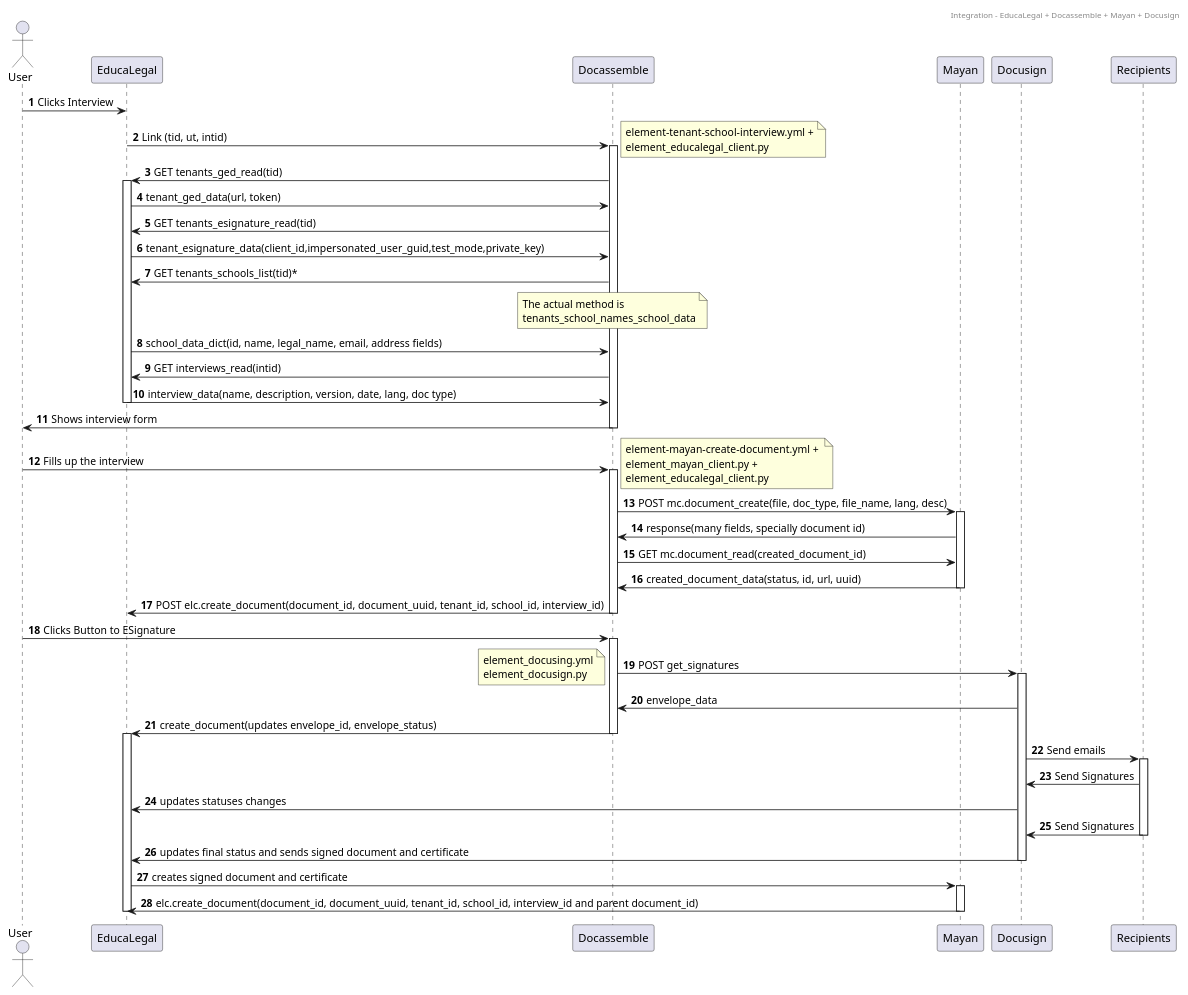
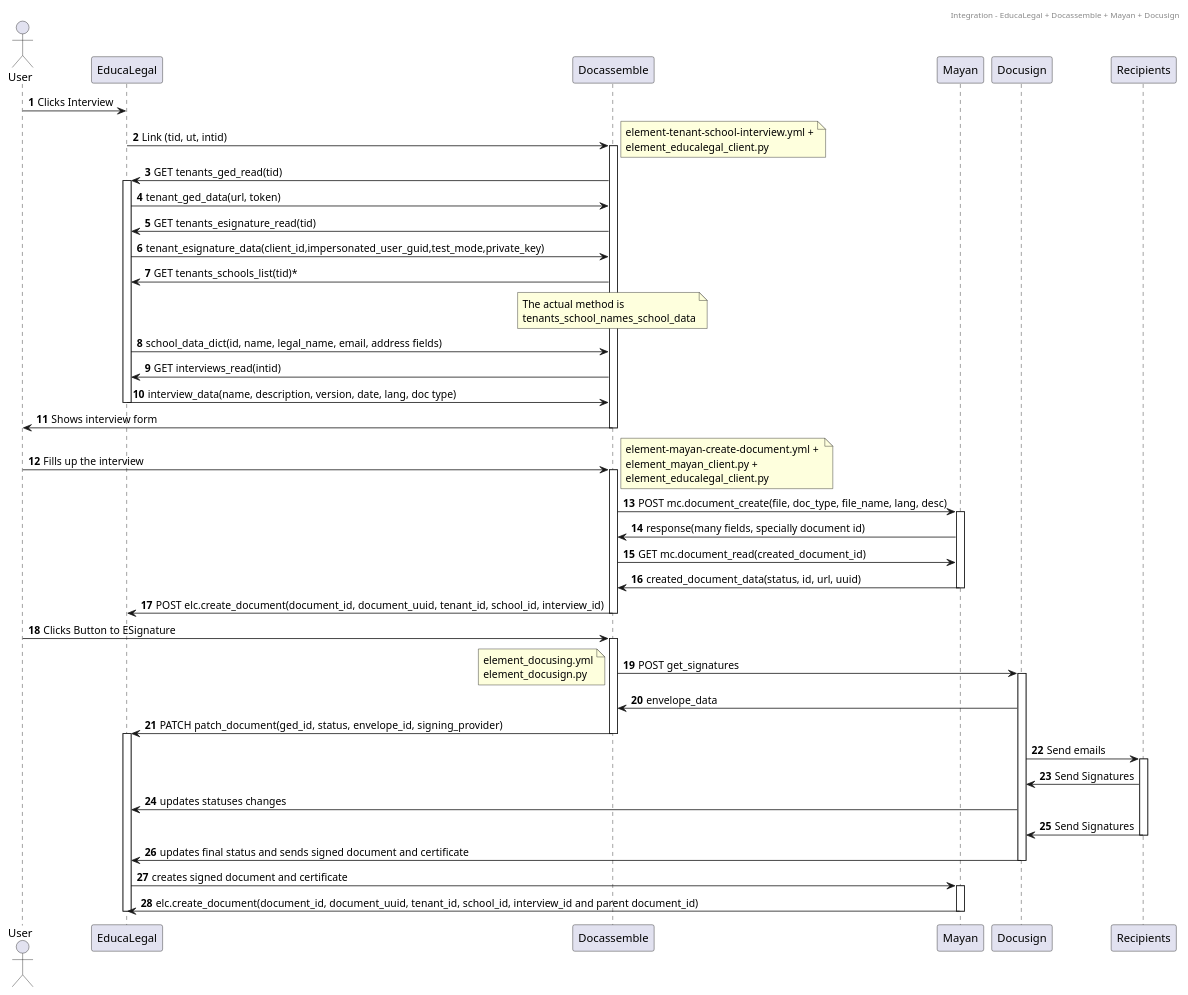
Before and after one commit to rvnovaes/educalegal: the diagram in api_requests/educalegal_api_seq_diagram.pu, drawn with PlantUML. The commit also changed 4 other files, not shown here.

Commit message:
Patching educalegal saved document with envelope id and status.

```diff
--- a/api_requests/educalegal_api_seq_diagram.pu
+++ b/api_requests/educalegal_api_seq_diagram.pu
@@ -1,70 +1,70 @@
 @startuml
 header Integration - EducaLegal + Docassemble + Mayan + Docusign
 actor User
 autonumber
 User -> EducaLegal: Clicks Interview
 EducaLegal -> Docassemble: Link (tid, ut, intid)
 note right
 element-tenant-school-interview.yml +
 element_educalegal_client.py
 end note
 activate Docassemble
 Docassemble -> EducaLegal: GET tenants_ged_read(tid)
 activate EducaLegal
 EducaLegal -> Docassemble: tenant_ged_data(url, token)
 Docassemble -> EducaLegal: GET tenants_esignature_read(tid)
 EducaLegal -> Docassemble: tenant_esignature_data(client_id,impersonated_user_guid,test_mode,private_key)
 Docassemble -> EducaLegal: GET tenants_schools_list(tid)*
 note over Docassemble
 The actual method is 
 tenants_school_names_school_data
 end note
 EducaLegal -> Docassemble: school_data_dict(id, name, legal_name, email, address fields)
 Docassemble -> EducaLegal: GET interviews_read(intid)
 EducaLegal -> Docassemble: interview_data(name, description, version, date, lang, doc type)
 deactivate EducaLegal
 Docassemble -> User: Shows interview form
 deactivate Docassemble
 User -> Docassemble: Fills up the interview
 note right
 element-mayan-create-document.yml + 
 element_mayan_client.py +
 element_educalegal_client.py
 end note
 activate Docassemble
 Docassemble -> Mayan: POST mc.document_create(file, doc_type, file_name, lang, desc)
 activate Mayan
 Mayan -> Docassemble: response(many fields, specially document id)
 Docassemble -> Mayan: GET mc.document_read(created_document_id)
 Mayan -> Docassemble: created_document_data(status, id, url, uuid)
 deactivate Mayan
 Docassemble -> EducaLegal: POST elc.create_document(document_id, document_uuid, tenant_id, school_id, interview_id)
 deactivate Docassemble
 User -> Docassemble: Clicks Button to ESignature
 activate Docassemble
 Docassemble -> Docusign: POST get_signatures
 note left
 element_docusing.yml
 element_docusign.py
 end note
 activate Docusign
 Docusign -> Docassemble: envelope_data
-Docassemble -> EducaLegal: create_document(updates envelope_id, envelope_status)
+Docassemble -> EducaLegal: PATCH patch_document(ged_id, status, envelope_id, signing_provider)
 deactivate Docassemble
 activate EducaLegal
 Docusign -> Recipients: Send emails
 activate Recipients
 Recipients -> Docusign: Send Signatures
 Docusign -> EducaLegal: updates statuses changes
 Recipients -> Docusign: Send Signatures
 deactivate Recipients
 Docusign -> EducaLegal: updates final status and sends signed document and certificate
 deactivate Docusign
 EducaLegal -> Mayan: creates signed document and certificate
 activate Mayan
 Mayan -> EducaLegal: elc.create_document(document_id, document_uuid, tenant_id, school_id, interview_id and parent document_id)
 deactivate Mayan
 deactivate EducaLegal
 
 
 @enduml
```
